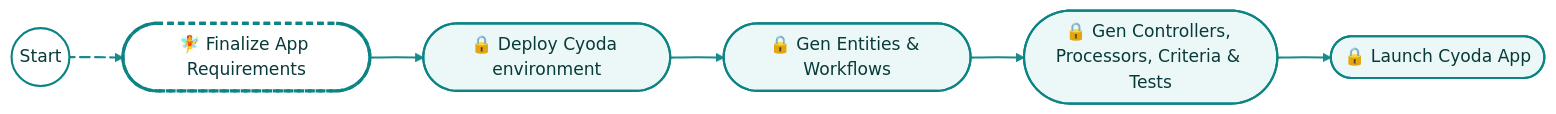
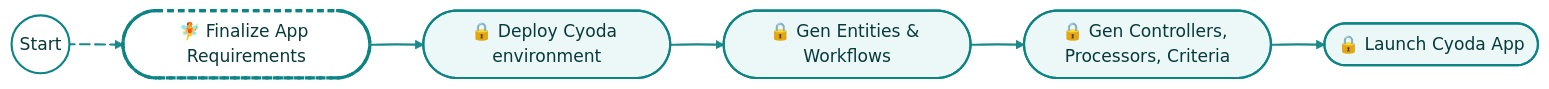
Before and after one commit to Cyoda-platform/ai-assistant: the diagram in workflow_configs/messages/ask_about_api_063f/message.md, drawn with Mermaid. The commit also changed 75 other files, not shown here.

````diff
--- a/workflow_configs/messages/ask_about_api_063f/message.md
+++ b/workflow_configs/messages/ask_about_api_063f/message.md
@@ -7,22 +7,22 @@
 ```mermaid
 %%{init: {'theme':'base','themeVariables':{
   'primaryColor':'#ECF8F8','primaryTextColor':'#083A3A','primaryBorderColor':'#0D8484',
   'lineColor':'#0D8484','fontFamily':'Inter, Arial, sans-serif','edgeLabelBackground':'#FFFFFF'
 }}}%%
 graph LR
     S((Start)):::start e0@ ==> A([🧚 Finalize App Requirements]):::next
     A e1@ ==> B([🔒 Deploy Cyoda environment]):::bar
     B e2@ ==> C([🔒 Gen Entities & Workflows]):::bar
-    C e3@ ==> D([🔒 Gen Controllers, Processors, Criteria & Tests]):::bar
+    C e3@ ==> D([🔒 Gen Controllers, Processors, Criteria]):::bar
     D e4@ ==> E([🔒 Launch Cyoda App]):::bar
 
     %% animate incoming to the next step (A)
     e0@{ animate: true }
 
     classDef start fill:#FFFFFF,stroke:#0D8484,stroke-width:2px,color:#083A3A
     classDef bar   fill:#ECF8F8,stroke:#0D8484,stroke-width:2px,rx:12,ry:12,color:#083A3A
     classDef done  fill:#0D8484,stroke:#0D8484,stroke-width:2px,rx:12,ry:12,color:#FFFFFF
     classDef next  fill:#FFFFFF,stroke:#0D8484,stroke-width:3px,stroke-dasharray:6 4,rx:12,ry:12,color:#083A3A
     linkStyle default stroke:#0D8484,stroke-width:2px,opacity:0.95
 
 ```
````
